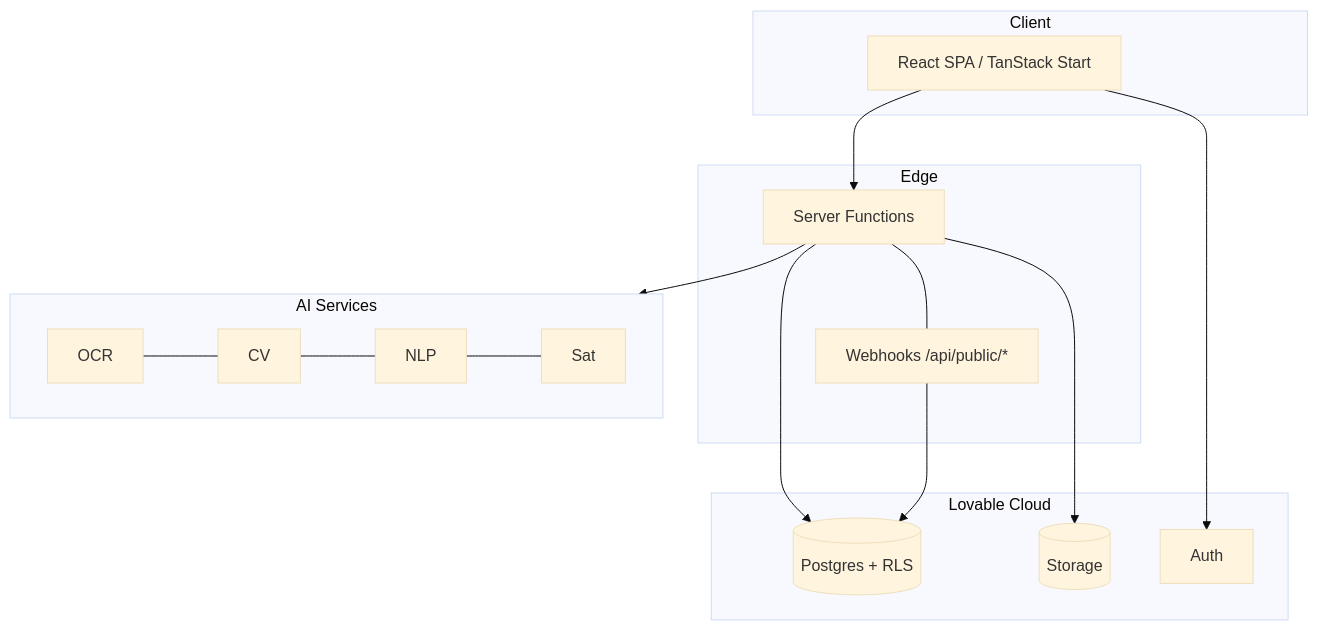
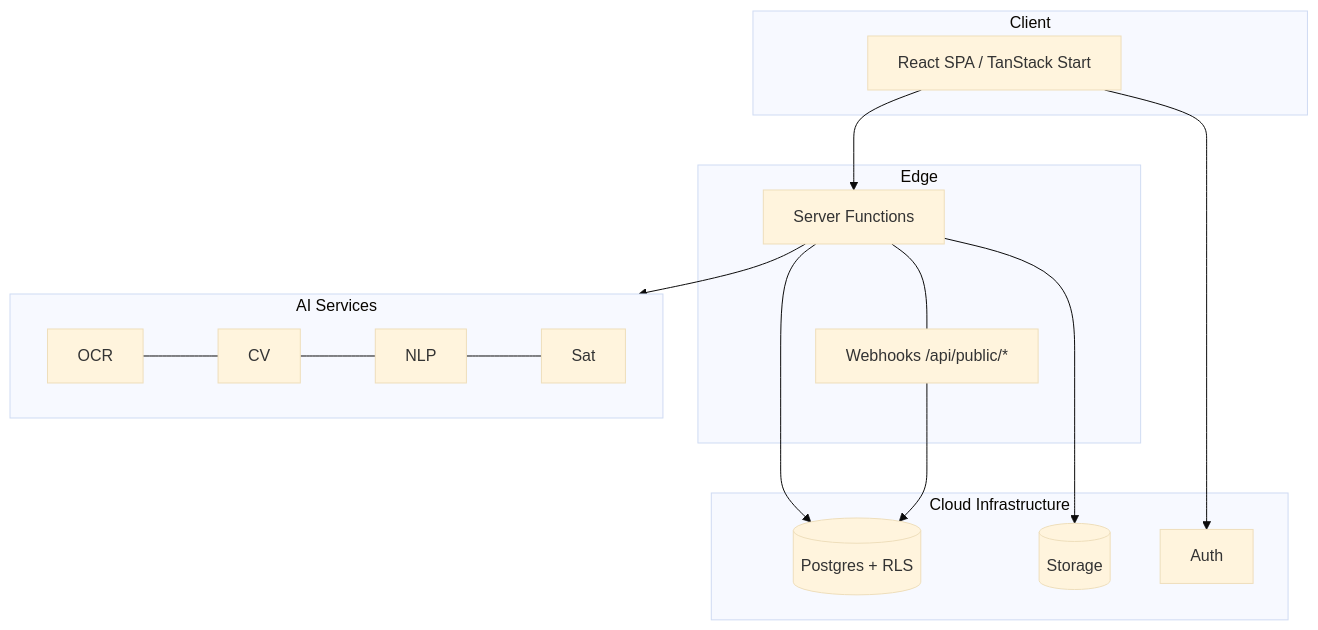
The eighth of 9 diagrams in DOCUMENTATION.md (Kushh-Santhosh/TerraTrust-AI), drawn with Mermaid (base theme) before and after one commit. The commit also changed other lines of this file and 125 other files, not shown here.

````diff
--- a/DOCUMENTATION.md
+++ b/DOCUMENTATION.md
@@ -742,22 +742,22 @@
 ```mermaid
 flowchart TB
   subgraph Client
     UI[React SPA / TanStack Start]
   end
   subgraph Edge
     SF[Server Functions] --- Web[Webhooks /api/public/*]
   end
-  subgraph Cloud[Lovable Cloud]
+  subgraph Cloud[Cloud Infrastructure]
     DB[(Postgres + RLS)]
     Store[(Storage)]
     Auth[Auth]
   end
   subgraph AI[AI Services]
     OCR --- CV --- NLP --- Sat
   end
   UI --> SF --> DB
   UI --> Auth
   SF --> Store
   SF --> AI
   Web --> DB
 ```
````
